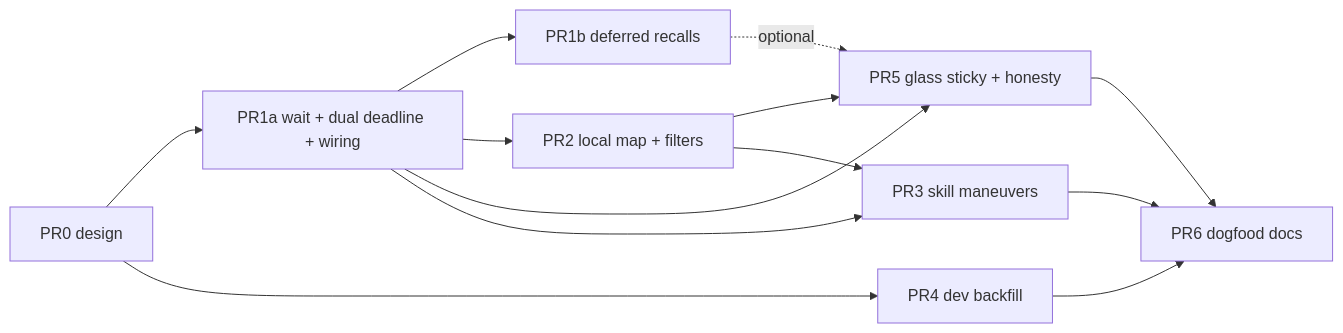
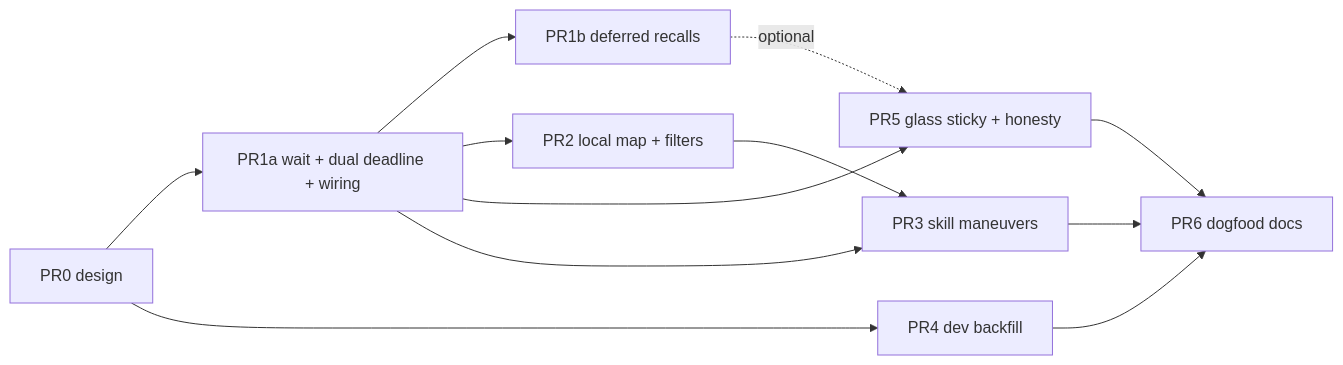
One commit to jtwolfe/project-elyra changed the fourth of 4 diagrams in docs/design/memory/design-memory-edges-polish1.md. Above: the diagram before and after it, drawn with Mermaid. The commit also changed other lines of this file, not shown here.

````diff
--- a/docs/design/memory/design-memory-edges-polish1.md
+++ b/docs/design/memory/design-memory-edges-polish1.md
@@ -816,15 +816,14 @@
 ```mermaid
 flowchart LR
   P0[PR0 design] --> P1a[PR1a wait + dual deadline + wiring]
   P0 --> P4[PR4 dev backfill]
   P1a --> P1b[PR1b deferred recalls]
   P1a --> P2[PR2 local map + filters]
   P1a --> P5[PR5 glass sticky + honesty]
   P1b -.->|optional| P5
-  P2 --> P5
   P1a --> P3[PR3 skill maneuvers]
   P2 --> P3
   P3 --> P6[PR6 dogfood docs]
   P4 --> P6
   P5 --> P6
 ```
````
